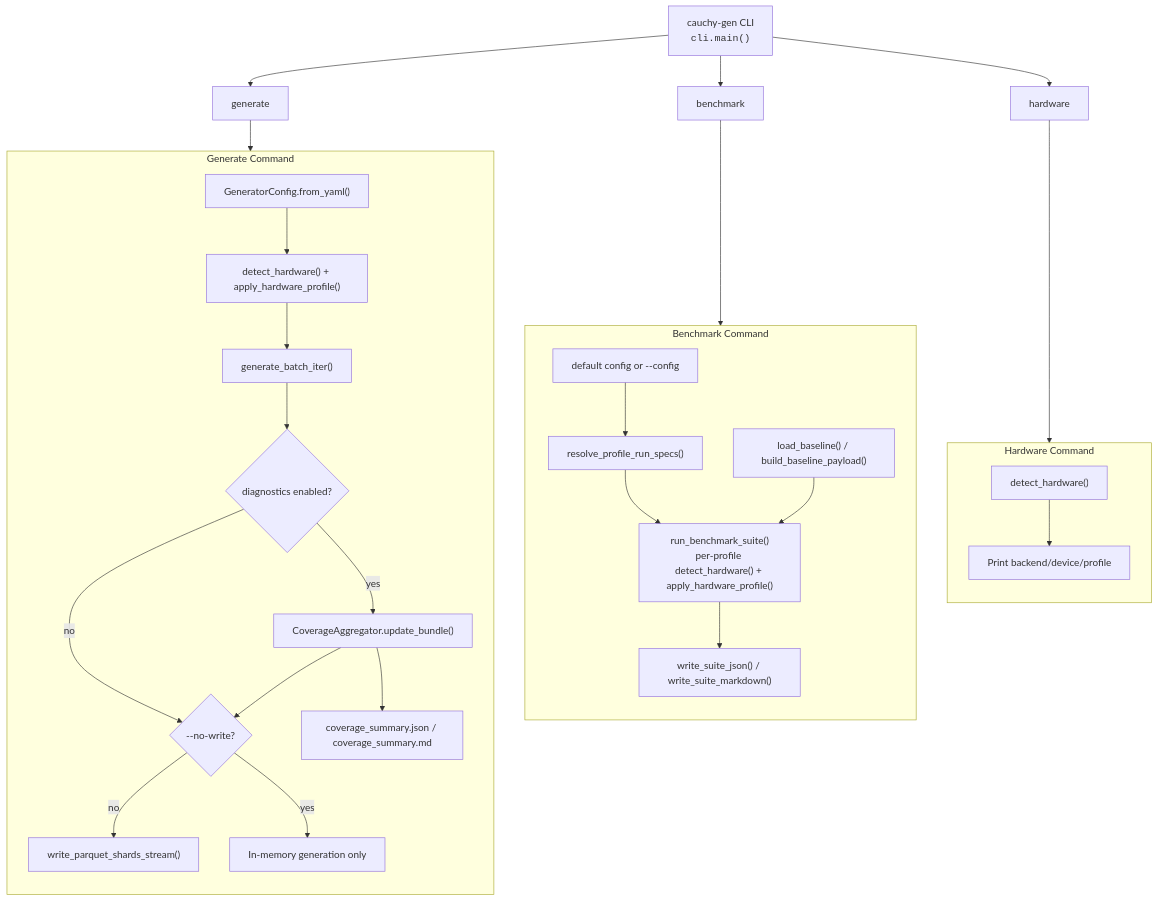
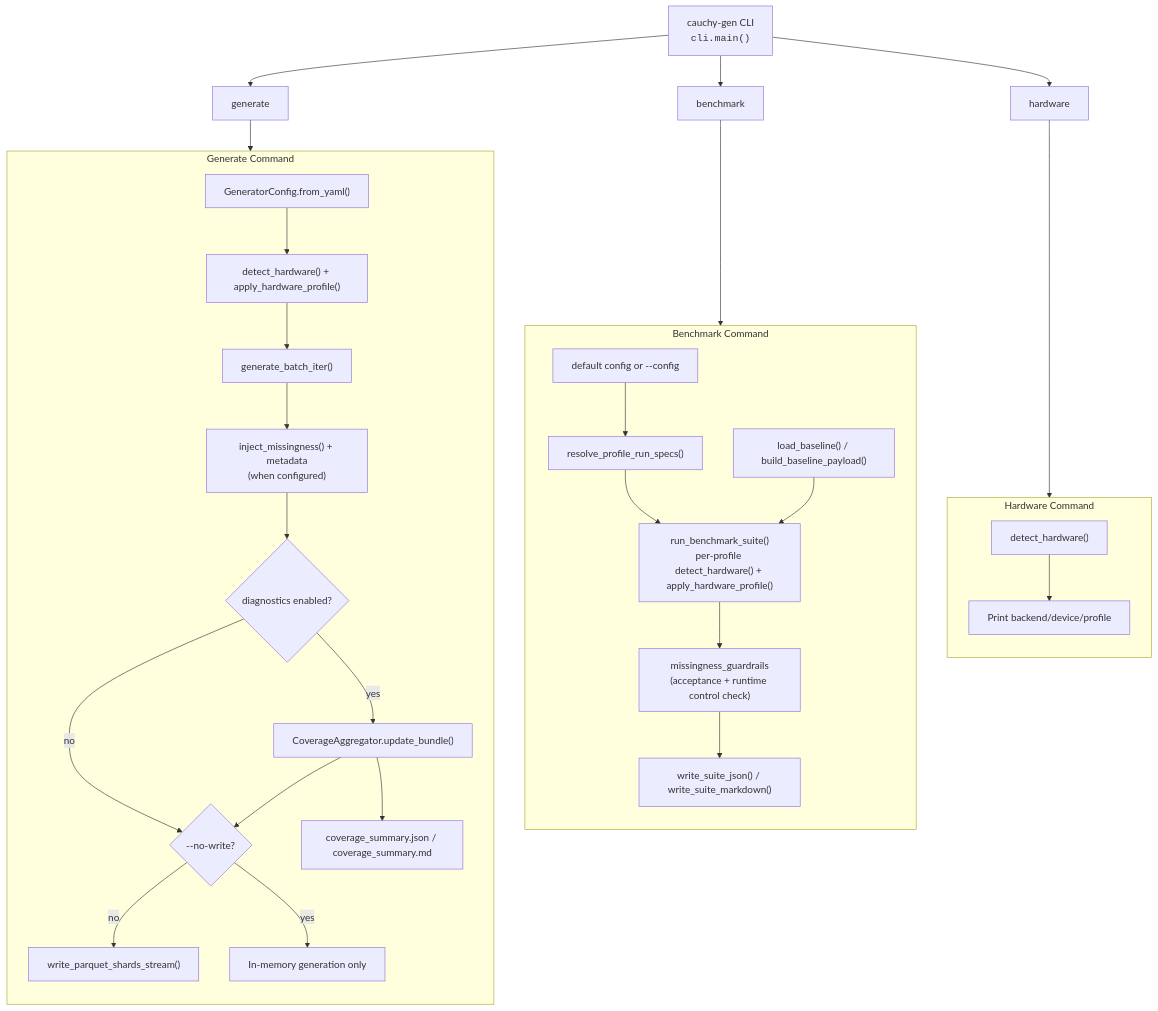
The first of 4 diagrams in docs/architecture.md (bensonlee5/dagzoo), drawn with Mermaid before and after one commit. The commit also changed other lines of this file and 7 other files, not shown here.

````diff
--- a/docs/architecture.md
+++ b/docs/architecture.md
@@ -15,50 +15,52 @@
 ```mermaid
 flowchart TB
     CLI["cauchy-gen CLI<br/><code>cli.main()</code>"]
     CLI --> Generate["generate"]
     CLI --> Benchmark["benchmark"]
     CLI --> Hardware["hardware"]
 
     subgraph GenFlow["Generate Command"]
         direction TB
         GenCfg["GeneratorConfig.from_yaml()"]
         GenHW["detect_hardware() + apply_hardware_profile()"]
         GenIter["generate_batch_iter()"]
+        MissingInject["inject_missingness() + metadata<br/>(when configured)"]
         DiagWrap{"diagnostics enabled?"}
         DiagAgg["CoverageAggregator.update_bundle()"]
         WriteCheck{"--no-write?"}
         Parquet["write_parquet_shards_stream()"]
         InMem["In-memory generation only"]
         DiagArtifacts["coverage_summary.json / coverage_summary.md"]
 
-        GenCfg --> GenHW --> GenIter --> DiagWrap
+        GenCfg --> GenHW --> GenIter --> MissingInject --> DiagWrap
         DiagWrap -- yes --> DiagAgg --> WriteCheck
         DiagWrap -- no --> WriteCheck
         WriteCheck -- no --> Parquet
         WriteCheck -- yes --> InMem
         DiagAgg --> DiagArtifacts
     end
 
     subgraph BenchFlow["Benchmark Command"]
         direction TB
         BenchCfg["default config or --config"]
         Specs["resolve_profile_run_specs()"]
         Suite["run_benchmark_suite()<br/>per-profile detect_hardware() + apply_hardware_profile()"]
         Baseline["load_baseline() / build_baseline_payload()"]
+        MissingGuard["missingness_guardrails<br/>(acceptance + runtime control check)"]
         Report["write_suite_json() / write_suite_markdown()"]
 
-        BenchCfg --> Specs --> Suite --> Report
+        BenchCfg --> Specs --> Suite --> MissingGuard --> Report
         Baseline --> Suite
     end
 
     subgraph HwFlow["Hardware Command"]
         direction TB
         Detect["detect_hardware()"]
         Print["Print backend/device/profile"]
         Detect --> Print
     end
 
     Generate --> GenFlow
     Benchmark --> BenchFlow
     Hardware --> HwFlow
 ```
````
